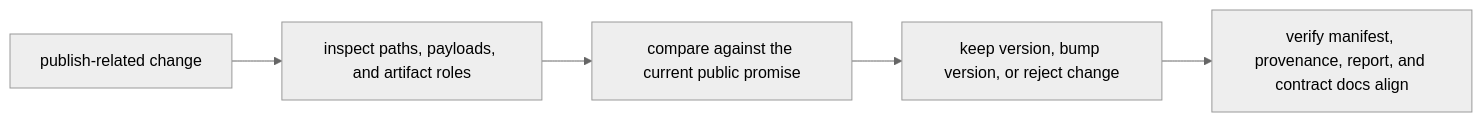
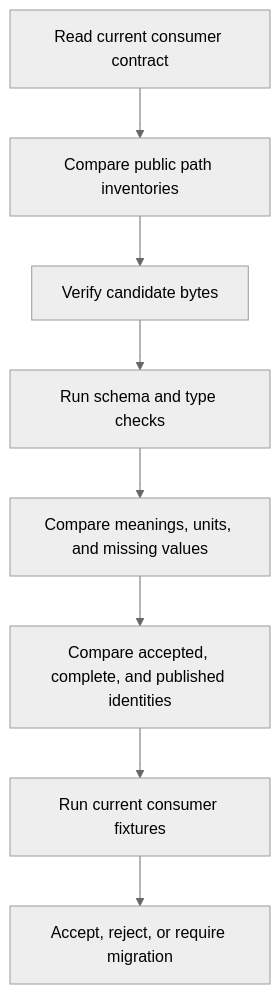
The first of 2 diagrams in programs/reproducible-research/deep-dive-snakemake/course-book/module-06-publishing-downstream-contracts/reviewing-publish-drift-and-downstream-risk.md (bijux/bijux-masterclass), drawn with Mermaid (neutral theme) before and after one commit. The commit also changed other lines of this file, not shown here.

Commit message:
docs(snakemake): review publish drift from consumer effects

````diff
--- a/programs/reproducible-research/deep-dive-snakemake/course-book/module-06-publishing-downstream-contracts/reviewing-publish-drift-and-downstream-risk.md
+++ b/programs/reproducible-research/deep-dive-snakemake/course-book/module-06-publishing-downstream-contracts/reviewing-publish-drift-and-downstream-risk.md
@@ -101,7 +27,10 @@
 ```mermaid
-flowchart LR
-  change["publish-related change"] --> inspect["inspect paths, payloads, and artifact roles"]
-  inspect --> compare["compare against the current public promise"]
-  compare --> decide["keep version, bump version, or reject change"]
-  decide --> evidence["verify manifest, provenance, report, and contract docs align"]
+flowchart TD
+  consumer["Read current consumer contract"] --> inventory["Compare public path inventories"]
+  inventory --> integrity["Verify candidate bytes"]
+  integrity --> schema["Run schema and type checks"]
+  schema --> semantics["Compare meanings, units, and missing values"]
+  semantics --> completeness["Compare accepted, complete, and published identities"]
+  completeness --> fixtures["Run current consumer fixtures"]
+  fixtures --> decision["Accept, reject, or require migration"]
 ```
````
